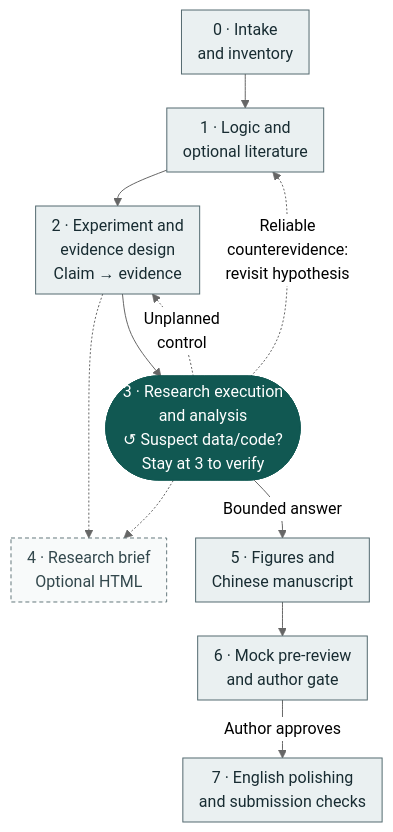
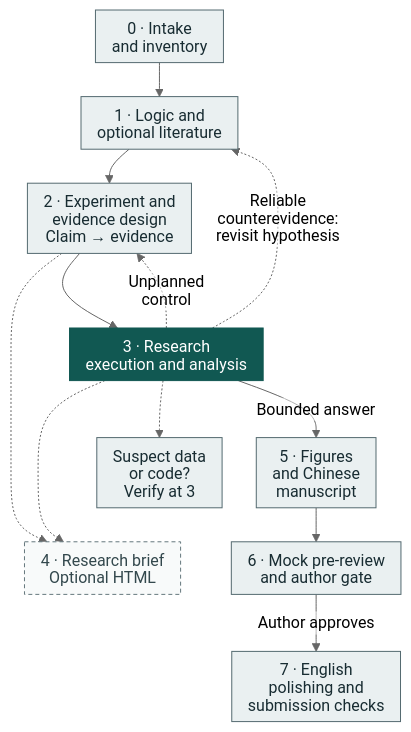
The diagram in 10-paper-build/README.en.md (jiaqi-Sun2020/codex-skill-hub), drawn with Mermaid (neutral theme) before and after one commit. The commit also changed 1 other file, not shown here.

Commit message:
docs: refine bilingual paper workflow diagram layout

````diff
--- a/10-paper-build/README.en.md
+++ b/10-paper-build/README.en.md
@@ -13,36 +13,41 @@
 ```mermaid
 ---
 config:
+  htmlLabels: false
   flowchart:
     nodeSpacing: 14
     rankSpacing: 34
     padding: 8
 ---
 flowchart TD
     accTitle: Paper stages 0–7, from intake and evidence to an author-reviewed manuscript
     accDescr: The main path is 0, 1, 2, 3, 5, 6, 7. Stage 4 is an optional research brief. At 3, verify suspect data or code in place. Return to 2 for an unplanned control, or to 1 for reliable counterevidence against a hypothesis, then to 2 to design a discriminating test. A control covered by the plan, budget and authorization stays at 3. English polishing follows author approval.
     s0["0 · Intake<br/>and inventory"]
     s1["1 · Logic and<br/>optional literature"]
     s2["2 · Experiment and<br/>evidence design<br/>Claim → evidence"]
-    s3(["3 · Research execution<br/>and analysis<br/>↺ Suspect data/code?<br/>Stay at 3 to verify"])
+    s3["3 · Research<br/>execution and analysis"]
+    verify["Suspect data<br/>or code?<br/>Verify at 3"]
     s4["4 · Research brief<br/>Optional HTML"]
-    s5["5 · Figures and<br/>Chinese manuscript"]
+    s5["5 · Figures<br/>and Chinese<br/>manuscript"]
     s6["6 · Mock pre-review<br/>and author gate"]
-    s7["7 · English polishing<br/>and submission checks"]
+    s7["7 · English<br/>polishing and<br/>submission checks"]
     s0 --> s1
     s1 --> s2
     s2 --> s3
+    s3 -.-> verify
     s3 -.->|Unplanned<br/>control| s2
     s3 -.->|Reliable<br/>counterevidence:<br/>revisit hypothesis| s1
     s2 -.-> s4
     s3 -.-> s4
     s3 -->|Bounded answer| s5
     s5 --> s6
+    %% Layout only: stagger the side branches; this is not a workflow arrow.
+    verify ~~~ s4
     s6 -->|Author approves| s7
     classDef stage fill:#EAF0F1,stroke:#546A70,color:#182C32
     classDef focus fill:#115852,stroke:#115852,color:#FFFFFF
     classDef optional fill:#F8FAFA,stroke:#65787D,color:#33484D,stroke-dasharray:4 3
-    class s0,s1,s2,s5,s6,s7 stage
+    class s0,s1,s2,s5,s6,s7,verify stage
     class s3 focus
     class s4 optional
 ```
````
